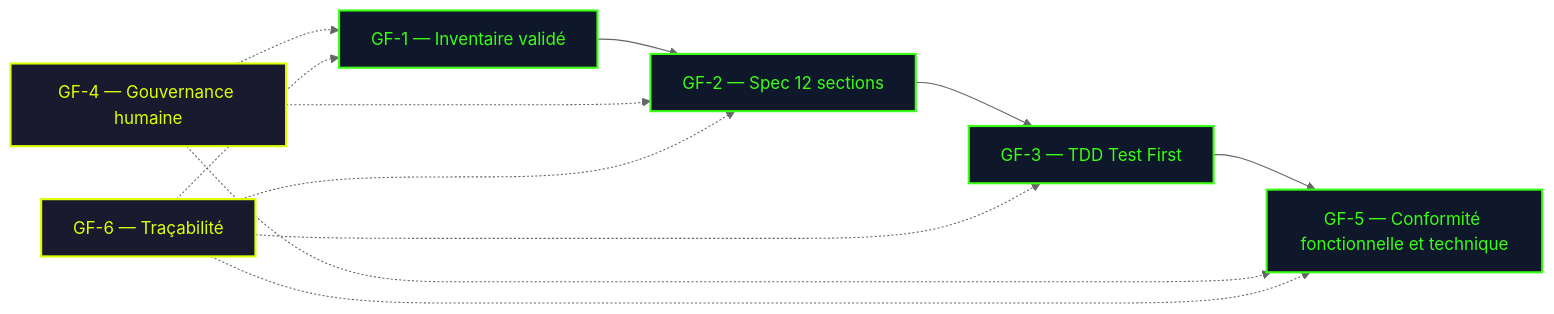
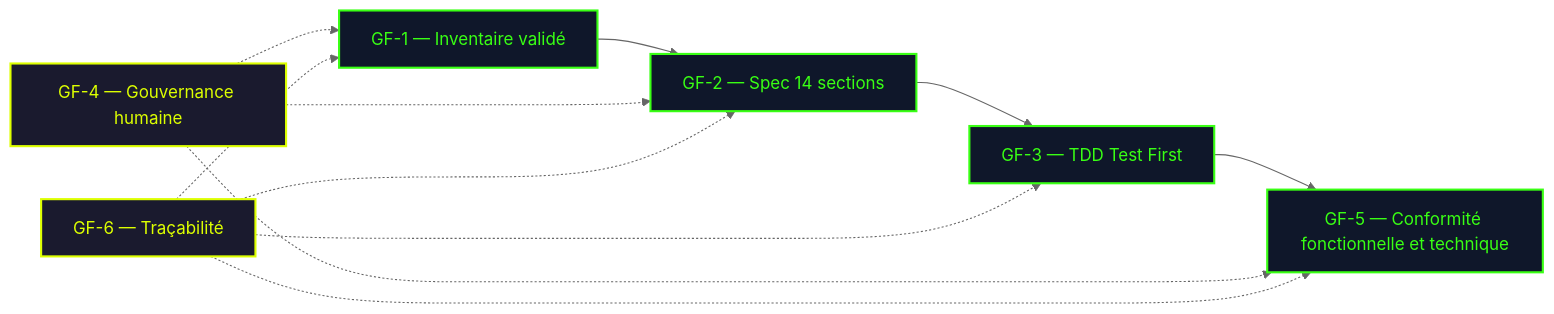
Before and after one commit to fondative/claude-code-ecosystem: the first of 15 diagrams in docs/guide/methodology.md, drawn with Mermaid (neutral theme). The commit also changed other lines of this file and 395 other files, not shown here.

````diff
--- a/docs/guide/methodology.md
+++ b/docs/guide/methodology.md
@@ -41,24 +41,24 @@
 ```mermaid
 graph LR
     GF1["GF-1 — Inventaire validé"]
-    GF2["GF-2 — Spec 12 sections"]
+    GF2["GF-2 — Spec 14 sections"]
     GF3["GF-3 — TDD Test First"]
     GF4["GF-4 — Gouvernance humaine"]
     GF5["GF-5 — Conformité fonctionnelle et technique"]
     GF6["GF-6 — Traçabilité"]
 
     GF1 --> GF2 --> GF3 --> GF5
     GF4 -.-> GF1
     GF4 -.-> GF2
     GF4 -.-> GF5
     GF6 -.-> GF1
     GF6 -.-> GF2
     GF6 -.-> GF3
     GF6 -.-> GF5
 
     classDef seq fill:#0f172a,stroke:#39ff14,stroke-width:2px,color:#39ff14
     classDef transversal fill:#1a1a2e,stroke:#ddff00,stroke-width:2px,color:#ddff00
 
     class GF1,GF2,GF3,GF5 seq
     class GF4,GF6 transversal
 ```
````
